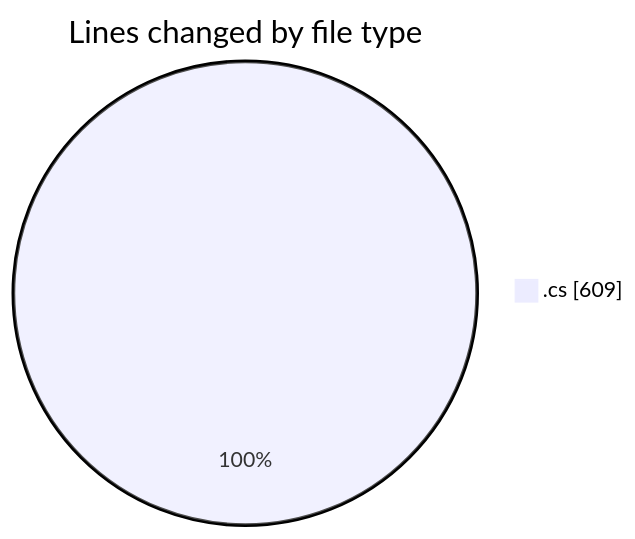
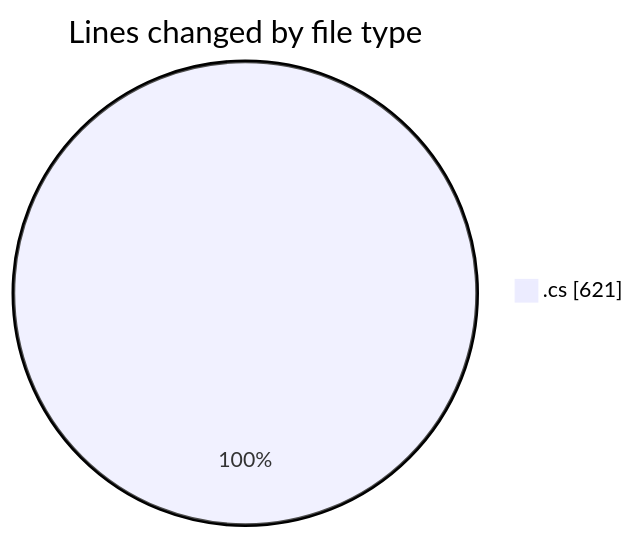
The first of 2 diagrams in 2025-04-02/back-end/README.md (Netris89/code-tracking), drawn with Mermaid before and after one commit. The commit also changed other lines of this file and 1 other file, not shown here.

````diff
--- a/2025-04-02/back-end/README.md
+++ b/2025-04-02/back-end/README.md
@@ -22,5 +22,5 @@
 ```mermaid
 pie showData
 title Lines changed by file type
-".cs" : 609
+".cs" : 621
 ```
````
